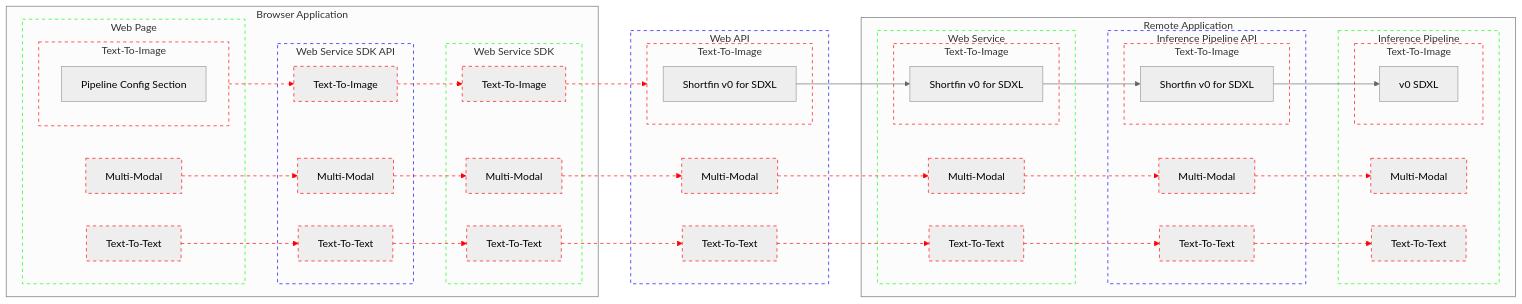
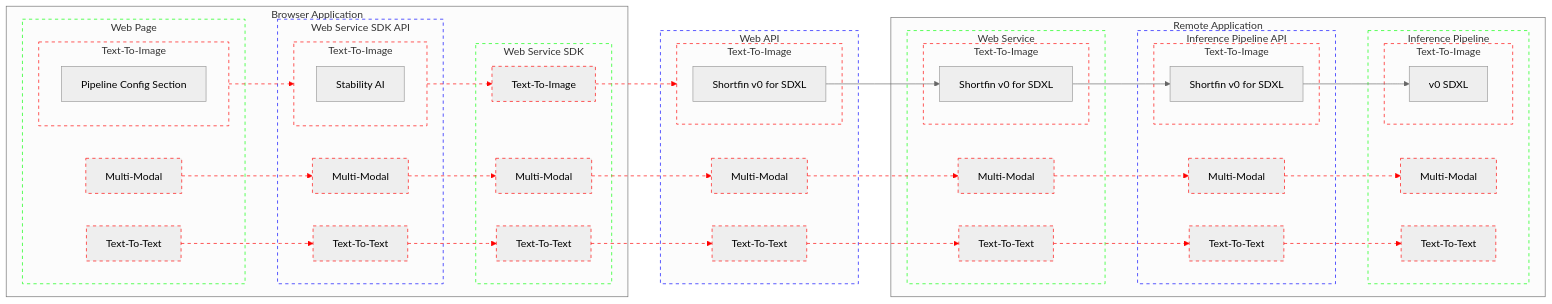
Before and after one commit to bjacobgordon/shark-ui: the diagram in docs/webAPI/architecture.mmd, drawn with Mermaid (neutral theme).

Commit message:
step(SDXL): declares standard API as bridge from web page to web service SDK

```diff
--- a/docs/webAPI/architecture.mmd
+++ b/docs/webAPI/architecture.mmd
@@ -1,166 +1,168 @@
 flowchart LR
   classDef Contract          stroke: #00F, stroke-dasharray: 5
   classDef ApplicationModule stroke: #0F0, stroke-dasharray: 5
   classDef InferenceModality stroke: #F00, stroke-dasharray: 5
 
   subgraph BrowserApplication[Browser Application]
     subgraph BrowserApplication_WebPage[Web Page]
       subgraph BrowserApplication_WebPage_TextToImage[Text-To-Image]
         BrowserApplication_WebPage_TextToImage_PipelineConfigSection[Pipeline Config Section]
       end
       class BrowserApplication_WebPage_TextToImage InferenceModality
 
       BrowserApplication_WebPage_MultiModal[Multi-Modal]
       class BrowserApplication_WebPage_MultiModal InferenceModality
 
       BrowserApplication_WebPage_TextToText[Text-To-Text]
       class BrowserApplication_WebPage_TextToText InferenceModality
     end
     class BrowserApplication_WebPage ApplicationModule
 
 
     BrowserApplication_WebPage_TextToImage BrowserApplication_WebPage__TextToImage__BrowserApplication_WebServiceSDK_API@--> BrowserApplication_WebServiceSDK_API_TextToImage
     class BrowserApplication_WebPage_TextToImage InferenceModality
     class BrowserApplication_WebPage__TextToImage__BrowserApplication_WebServiceSDK_API InferenceModality
 
     BrowserApplication_WebPage_MultiModal BrowserApplication_WebPage__MultiModal__BrowserApplication_WebServiceSDK_API@--> BrowserApplication_WebServiceSDK_API_MultiModal
     class BrowserApplication_WebPage__MultiModal__BrowserApplication_WebServiceSDK_API InferenceModality
 
     BrowserApplication_WebPage_TextToText BrowserApplication_WebPage__TextToText__BrowserApplication_WebServiceSDK_API@--> BrowserApplication_WebServiceSDK_API_TextToText
     class BrowserApplication_WebPage__TextToText__BrowserApplication_WebServiceSDK_API InferenceModality
 
 
     subgraph BrowserApplication_WebServiceSDK_API[Web Service SDK API]
-      BrowserApplication_WebServiceSDK_API_TextToImage[Text-To-Image]
+      subgraph BrowserApplication_WebServiceSDK_API_TextToImage[Text-To-Image]
+        BrowserApplication_WebServiceSDK_API_TextToImage_StabilityAI[Stability AI]
+      end
       class BrowserApplication_WebServiceSDK_API_TextToImage InferenceModality
 
       BrowserApplication_WebServiceSDK_API_MultiModal[Multi-Modal]
       class BrowserApplication_WebServiceSDK_API_MultiModal InferenceModality
 
       BrowserApplication_WebServiceSDK_API_TextToText[Text-To-Text]
       class BrowserApplication_WebServiceSDK_API_TextToText InferenceModality
     end
     class BrowserApplication_WebServiceSDK_API Contract
 
 
     BrowserApplication_WebServiceSDK_API_TextToImage BrowserApplication_WebServiceSDK_API__TextToImage__BrowserApplication_WebServiceSDK@--> BrowserApplication_WebServiceSDK_TextToImage
     class BrowserApplication_WebServiceSDK_API__TextToImage__BrowserApplication_WebServiceSDK InferenceModality
 
     BrowserApplication_WebServiceSDK_API_MultiModal BrowserApplication_WebServiceSDK_API__MultiModal__BrowserApplication_WebServiceSDK@--> BrowserApplication_WebServiceSDK_MultiModal
     class BrowserApplication_WebServiceSDK_API__MultiModal__BrowserApplication_WebServiceSDK InferenceModality
 
     BrowserApplication_WebServiceSDK_API_TextToText BrowserApplication_WebServiceSDK_API__TextToText__BrowserApplication_WebServiceSDK@--> BrowserApplication_WebServiceSDK_TextToText
     class BrowserApplication_WebServiceSDK_API__TextToText__BrowserApplication_WebServiceSDK InferenceModality
 
 
     subgraph BrowserApplication_WebServiceSDK[Web Service SDK]
       BrowserApplication_WebServiceSDK_TextToImage[Text-To-Image]
       class BrowserApplication_WebServiceSDK_TextToImage InferenceModality
 
       BrowserApplication_WebServiceSDK_MultiModal[Multi-Modal]
       class BrowserApplication_WebServiceSDK_MultiModal InferenceModality
 
       BrowserApplication_WebServiceSDK_TextToText[Text-To-Text]
       class BrowserApplication_WebServiceSDK_TextToText InferenceModality
     end
     class BrowserApplication_WebServiceSDK ApplicationModule
   end
 
 
   BrowserApplication_WebServiceSDK_TextToImage BrowserApplication_WebServiceSDK__TextToImage__WebAPI@--> WebAPI_TextToImage
   class BrowserApplication_WebServiceSDK__TextToImage__WebAPI InferenceModality
 
   BrowserApplication_WebServiceSDK_MultiModal BrowserApplication_WebServiceSDK__MultiModal__WebAPI@--> WebAPI_MultiModal
   class BrowserApplication_WebServiceSDK__MultiModal__WebAPI InferenceModality
 
   BrowserApplication_WebServiceSDK_TextToText BrowserApplication_WebServiceSDK__TextToText__WebAPI@--> WebAPI_TextToText
   class BrowserApplication_WebServiceSDK__TextToText__WebAPI InferenceModality
 
 
   subgraph WebAPI[Web API]
     subgraph WebAPI_TextToImage[Text-To-Image]
       WebAPI_TextToImage_Shortfin_v0_SDXL[Shortfin v0 for SDXL]
     end
     class WebAPI_TextToImage InferenceModality
 
     WebAPI_MultiModal[Multi-Modal]
     class WebAPI_MultiModal InferenceModality
 
     WebAPI_TextToText[Text-To-Text]
     class WebAPI_TextToText InferenceModality
   end
   class WebAPI Contract
 
 
   WebAPI_TextToImage_Shortfin_v0_SDXL --> RemoteApplication_WebService_TextToImage_Shortfin_v0_SDXL
 
   WebAPI_MultiModal WebAPI__MultiModal__RemoteApplication_WebService@--> RemoteApplication_WebService_MultiModal
   class WebAPI__MultiModal__RemoteApplication_WebService InferenceModality
 
   WebAPI_TextToText WebAPI__TextToText__RemoteApplication_WebService@--> RemoteApplication_WebService_TextToText
   class WebAPI__TextToText__RemoteApplication_WebService InferenceModality
 
 
   subgraph RemoteApplication[Remote Application]
     subgraph RemoteApplication_WebService[Web Service]
       subgraph RemoteApplication_WebService_TextToImage[Text-To-Image]
         RemoteApplication_WebService_TextToImage_Shortfin_v0_SDXL[Shortfin v0 for SDXL]
       end
       class RemoteApplication_WebService_TextToImage InferenceModality
 
       RemoteApplication_WebService_MultiModal[Multi-Modal]
       class RemoteApplication_WebService_MultiModal InferenceModality
 
       RemoteApplication_WebService_TextToText[Text-To-Text]
       class RemoteApplication_WebService_TextToText InferenceModality
     end
     class RemoteApplication_WebService ApplicationModule
 
 
     RemoteApplication_WebService_TextToImage_Shortfin_v0_SDXL --> RemoteApplication_InferencePipeline_API_TextToImage_Shortfin_v0_SDXL
 
     RemoteApplication_WebService_MultiModal RemoteApplication_WebService__MultiModal__RemoteApplication_InferencePipeline_API@--> RemoteApplication_InferencePipeline_API_MultiModal
     class RemoteApplication_WebService__MultiModal__RemoteApplication_InferencePipeline_API InferenceModality
 
     RemoteApplication_WebService_TextToText RemoteApplication_WebService__TextToText__RemoteApplication_InferencePipeline_API@--> RemoteApplication_InferencePipeline_API_TextToText
     class RemoteApplication_WebService__TextToText__RemoteApplication_InferencePipeline_API InferenceModality
 
 
     subgraph RemoteApplication_InferencePipeline_API[Inference Pipeline API]
       subgraph RemoteApplication_InferencePipeline_API_TextToImage[Text-To-Image]
         RemoteApplication_InferencePipeline_API_TextToImage_Shortfin_v0_SDXL[Shortfin v0 for SDXL]
       end
       class RemoteApplication_InferencePipeline_API_TextToImage InferenceModality
 
       RemoteApplication_InferencePipeline_API_MultiModal[Multi-Modal]
       class RemoteApplication_InferencePipeline_API_MultiModal InferenceModality
 
       RemoteApplication_InferencePipeline_API_TextToText[Text-To-Text]
       class RemoteApplication_InferencePipeline_API_TextToText InferenceModality
     end
     class RemoteApplication_InferencePipeline_API Contract
 
 
     RemoteApplication_InferencePipeline_API_TextToImage_Shortfin_v0_SDXL --> RemoteApplication_InferencePipeline_TextToImage_SDXL
 
     RemoteApplication_InferencePipeline_API_MultiModal RemoteApplication_InferencePipeline_API__MultiModal__RemoteApplication_InferencePipeline@--> RemoteApplication_InferencePipeline_MultiModal
     class RemoteApplication_InferencePipeline_API__MultiModal__RemoteApplication_InferencePipeline InferenceModality
 
     RemoteApplication_InferencePipeline_API_TextToText RemoteApplication_InferencePipeline_API__TextToText__RemoteApplication_InferencePipeline@--> RemoteApplication_InferencePipeline_TextToText
     class RemoteApplication_InferencePipeline_API__TextToText__RemoteApplication_InferencePipeline InferenceModality
 
 
     subgraph RemoteApplication_InferencePipeline[Inference Pipeline]
       subgraph RemoteApplication_InferencePipeline_TextToImage[Text-To-Image]
         RemoteApplication_InferencePipeline_TextToImage_SDXL[v0 SDXL]
       end
       class RemoteApplication_InferencePipeline_TextToImage InferenceModality
 
       RemoteApplication_InferencePipeline_MultiModal[Multi-Modal]
       class RemoteApplication_InferencePipeline_MultiModal InferenceModality
 
       RemoteApplication_InferencePipeline_TextToText[Text-To-Text]
       class RemoteApplication_InferencePipeline_TextToText InferenceModality
     end
     class RemoteApplication_InferencePipeline ApplicationModule
   end
```
